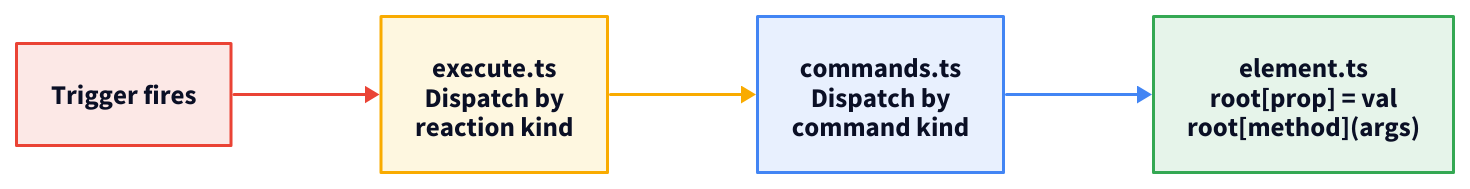
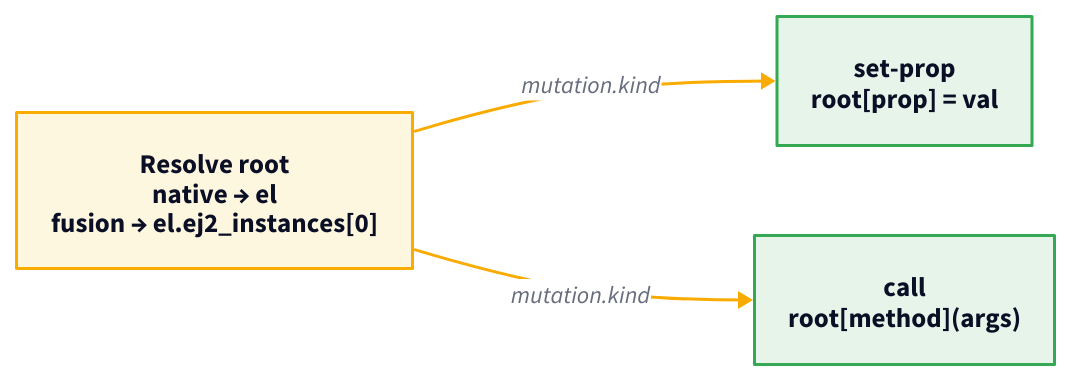
Before and after one commit to marafiq/alis-reactive: the third of 3 diagrams in docs-site/src/content/docs/architecture/runtime.mdx, drawn with D2. The commit also changed other lines of this file, not shown here.

First line of the commit message:
docs: expand command execution into three dispatch layers with transitions

````diff
--- a/docs-site/src/content/docs/architecture/runtime.mdx
+++ b/docs-site/src/content/docs/architecture/runtime.mdx
@@ -95,38 +169,29 @@
 ```d2
 direction: right
 
-trigger: "Trigger fires" {
-  shape: rectangle
-  style.fill: "#fce8e6"
-  style.stroke: "#ea4335"
-  style.font-size: 18
-}
-reaction: "execute.ts\nDispatch by\nreaction kind" {
+resolve: "Resolve root\nnative → el\nfusion → el.ej2_instances[0]" {
   shape: rectangle
   style.fill: "#fef7e0"
   style.stroke: "#f9ab00"
   style.font-size: 18
 }
-command: "commands.ts\nDispatch by\ncommand kind" {
+setprop: "set-prop\nroot[prop] = val" {
   shape: rectangle
-  style.fill: "#e8f0fe"
-  style.stroke: "#4285f4"
+  style.fill: "#e6f4ea"
+  style.stroke: "#34a853"
   style.font-size: 18
 }
-bracket: "element.ts\nroot[prop] = val\nroot[method](args)" {
+call: "call\nroot[method](args)" {
   shape: rectangle
   style.fill: "#e6f4ea"
   style.stroke: "#34a853"
   style.font-size: 18
 }
 
-trigger -> reaction {
-  style.stroke: "#ea4335"
-}
-reaction -> command {
+resolve -> setprop: mutation.kind {
   style.stroke: "#f9ab00"
 }
-command -> bracket {
-  style.stroke: "#4285f4"
+resolve -> call: mutation.kind {
+  style.stroke: "#f9ab00"
 }
 ```
````
